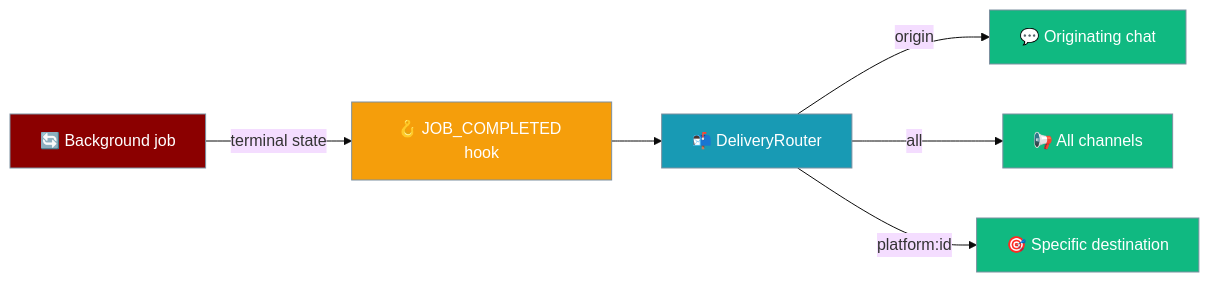
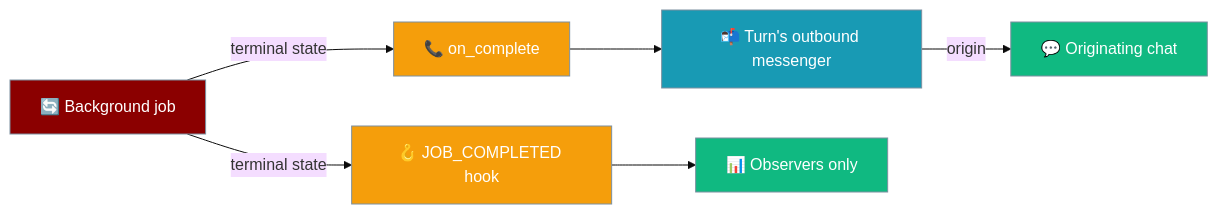
The fifth of 5 diagrams in docs/features/background-subagents.mdx (MervinPraison/PraisonAIDocs), drawn with Mermaid (base theme) before and after one commit. The commit also changed other lines of this file and 5 other files, not shown here.

Commit message:
fix: document background-subagent chat delivery and /tasks job listing from PraisonAI #6065 (fixes #4786)

````diff
--- a/docs/features/background-subagents.mdx
+++ b/docs/features/background-subagents.mdx
@@ -262,18 +268,18 @@
 ```mermaid
 graph LR
-    Job[🔄 Background job] -->|terminal state| Hook[🪝 JOB_COMPLETED hook]
-    Hook --> Router[📬 DeliveryRouter]
-    Router -->|origin| Chat[💬 Originating chat]
-    Router -->|all| All[📢 All channels]
-    Router -->|platform:id| Specific[🎯 Specific destination]
+    Job[🔄 Background job] -->|terminal state| CB[📞 on_complete]
+    CB --> Msg[📬 Turn's outbound messenger]
+    Msg -->|origin| Chat[💬 Originating chat]
+    Job -->|terminal state| Hook[🪝 JOB_COMPLETED hook]
+    Hook --> Obs[📊 Observers only]
 
     classDef job fill:#8B0000,stroke:#7C90A0,color:#fff
     classDef hook fill:#F59E0B,stroke:#7C90A0,color:#fff
     classDef router fill:#189AB4,stroke:#7C90A0,color:#fff
     classDef dest fill:#10B981,stroke:#7C90A0,color:#fff
 
     class Job job
-    class Hook hook
-    class Router router
-    class Chat,All,Specific dest
+    class CB,Hook hook
+    class Msg router
+    class Chat,Obs dest
 ```
````
